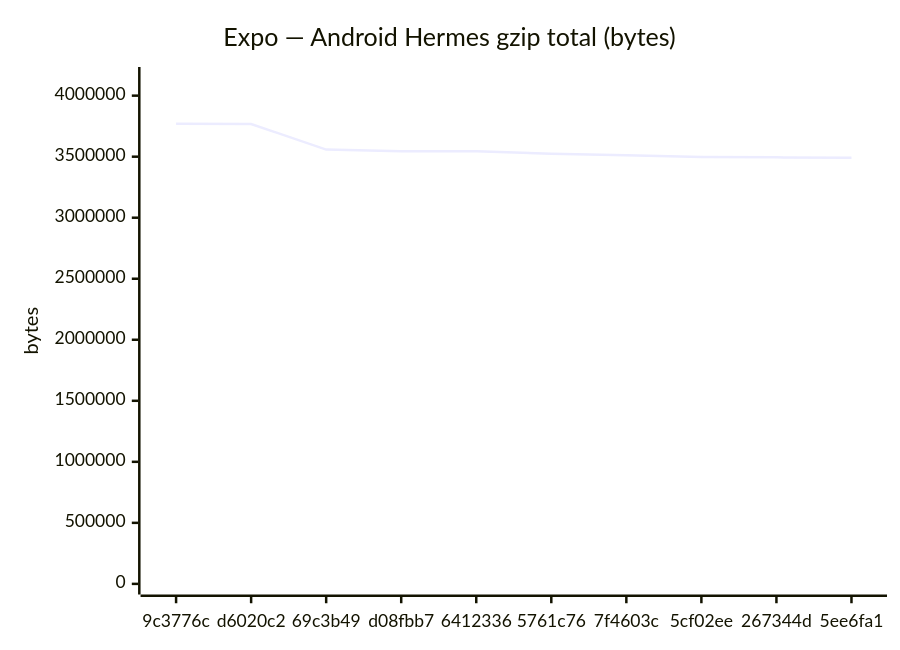
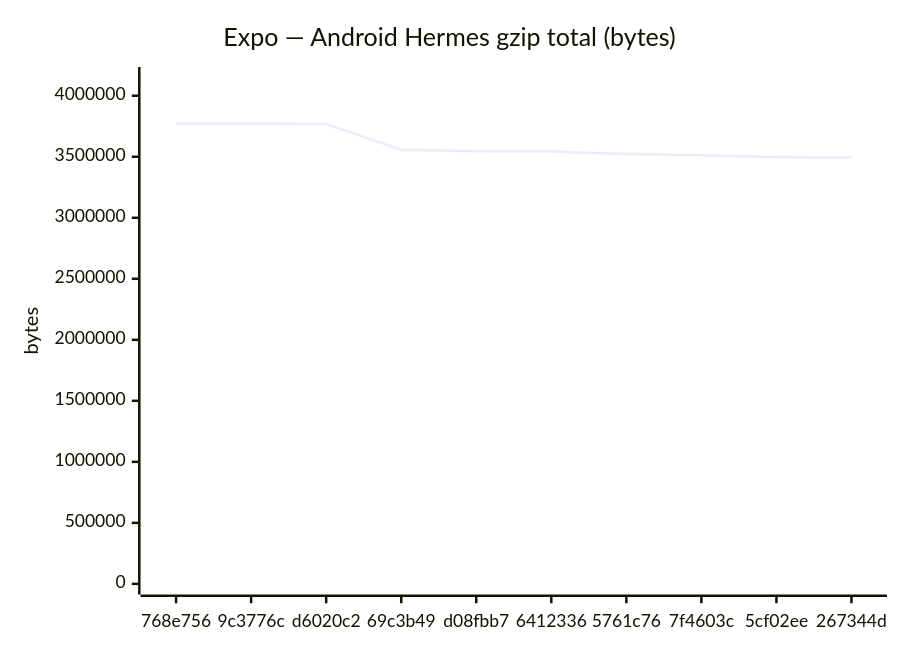
Before and after one commit to Metaheurist/Rianell: the fifth of 18 diagrams in benchmarks/compare.md, drawn with Mermaid. The commit also changed other lines of this file and 11 other files, not shown here.

````diff
--- a/benchmarks/compare.md
+++ b/benchmarks/compare.md
@@ -89,7 +89,7 @@
 ```mermaid
 xychart-beta
     title "Expo — Android Hermes gzip total (bytes)"
-    x-axis ["9c3776c", "d6020c2", "69c3b49", "d08fbb7", "6412336", "5761c76", "7f4603c", "5cf02ee", "267344d", "5ee6fa1"]
-    y-axis "bytes" 0 --> 4147698
-    line [3770634, 3767812, 3557908, 3544463, 3543472, 3523541, 3511474, 3496393, 3494445, 3491111]
+    x-axis ["768e756", "9c3776c", "d6020c2", "69c3b49", "d08fbb7", "6412336", "5761c76", "7f4603c", "5cf02ee", "267344d"]
+    y-axis "bytes" 0 --> 4148478
+    line [3771343, 3770634, 3767812, 3557908, 3544463, 3543472, 3523541, 3511474, 3496393, 3494445]
 ```
````
